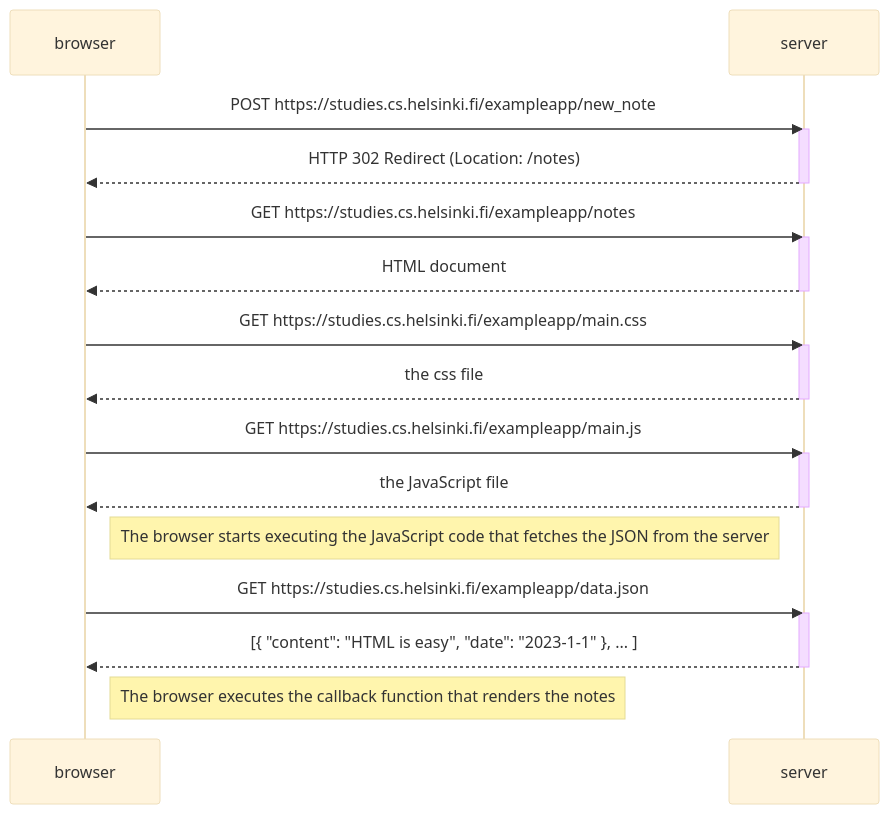
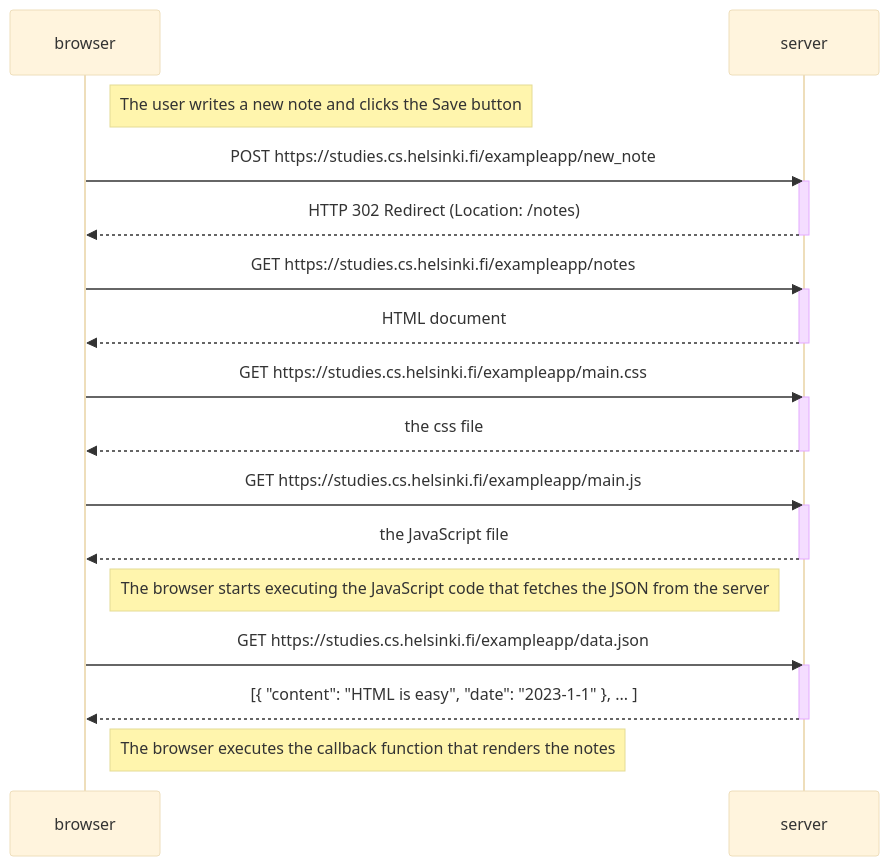
One commit to EvanaSabatella1989/fullstackopen-parte0 changed the first of 2 diagrams in README.md. Above: the diagram before and after it, drawn with Mermaid (base theme). The commit also changed other lines of this file, not shown here.

Commit message:
0.5: Diagrama de aplicación de una sola página.md

````diff
--- a/README.md
+++ b/README.md
@@ -1,35 +1,36 @@
 ```mermaid
 sequenceDiagram
     participant browser
     participant server
 
+    Note right of browser: The user writes a new note and clicks the Save button
     browser->>server: POST https://studies.cs.helsinki.fi/exampleapp/new_note
     activate server
     server-->>browser: HTTP 302 Redirect (Location: /notes)
     deactivate server
 
     browser->>server: GET https://studies.cs.helsinki.fi/exampleapp/notes
     activate server
     server-->>browser: HTML document
     deactivate server
 
     browser->>server: GET https://studies.cs.helsinki.fi/exampleapp/main.css
     activate server
     server-->>browser: the css file
     deactivate server
 
     browser->>server: GET https://studies.cs.helsinki.fi/exampleapp/main.js
     activate server
     server-->>browser: the JavaScript file
     deactivate server
 
     Note right of browser: The browser starts executing the JavaScript code that fetches the JSON from the server
 
     browser->>server: GET https://studies.cs.helsinki.fi/exampleapp/data.json
     activate server
     server-->>browser: [{ "content": "HTML is easy", "date": "2023-1-1" }, ... ]
     deactivate server
 
     Note right of browser: The browser executes the callback function that renders the notes
 
 ```
````
